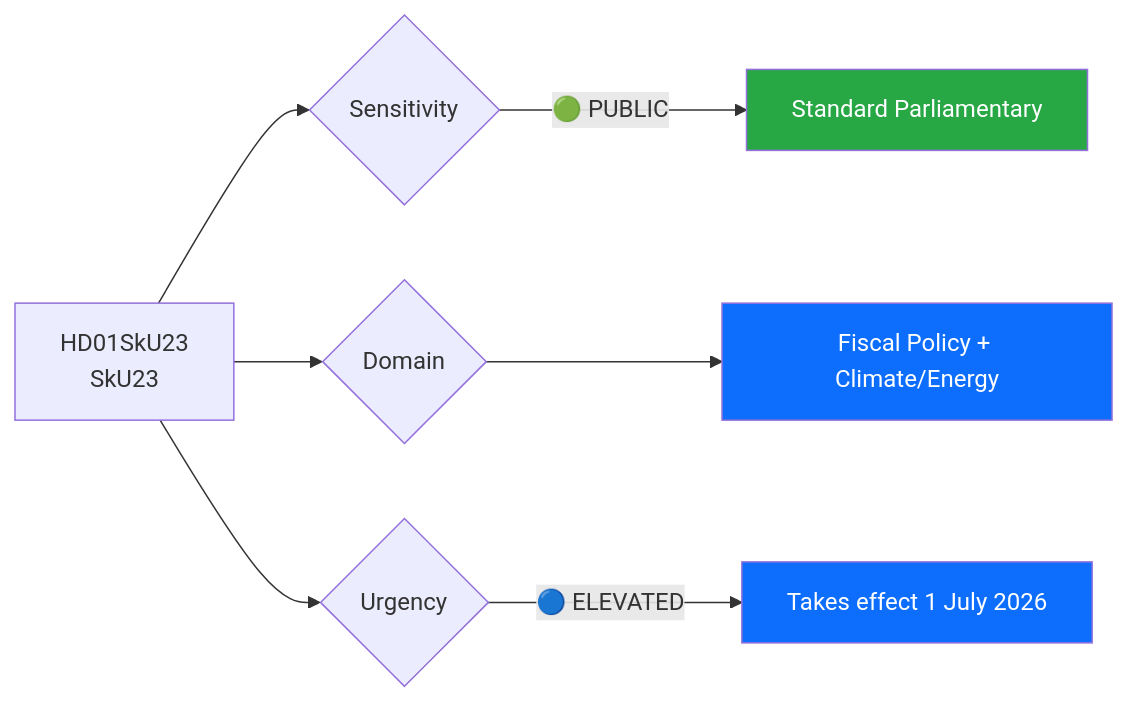
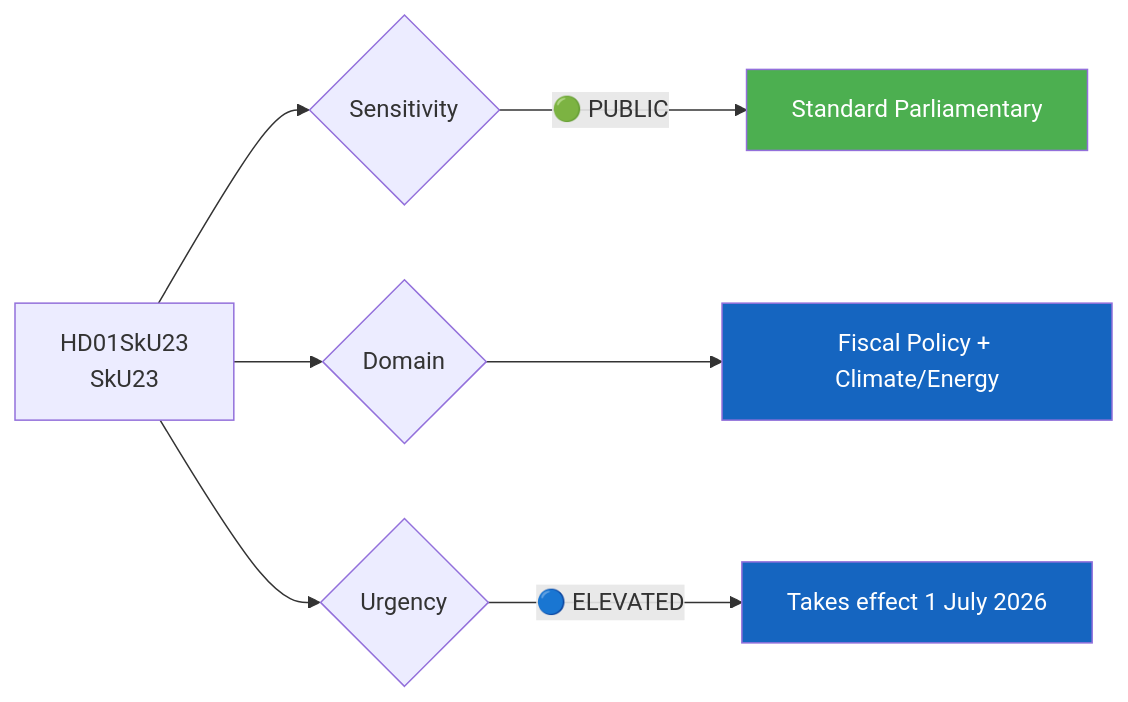
The first of 2 diagrams in analysis/daily/2026-04-16/realtime-1037/documents/hd01sku23-analysis.md (Hack23/riksdagsmonitor), drawn with Mermaid before and after one commit. The commit also changed 785 other files, not shown here.

First line of the commit message:
Normalize mermaid colors across 786 analysis artifacts to ISMS Style Guide palette

````diff
--- a/analysis/daily/2026-04-16/realtime-1037/documents/hd01sku23-analysis.md
+++ b/analysis/daily/2026-04-16/realtime-1037/documents/hd01sku23-analysis.md
@@ -23,12 +23,12 @@
 ```mermaid
 graph LR
     A["HD01SkU23<br/>SkU23"] --> B{"Sensitivity"}
     B -->|"🟢 PUBLIC"| E["Standard Parliamentary"]
     A --> G{"Domain"}
     G --> H["Fiscal Policy + Climate/Energy"]
     A --> I{"Urgency"}
     I -->|"🔵 ELEVATED"| L["Takes effect 1 July 2026"]
-    style E fill:#28a745,color:#fff
-    style H fill:#0d6efd,color:#fff
-    style L fill:#0d6efd,color:#fff
+    style E fill:#4CAF50,color:#FFFFFF
+    style H fill:#1565C0,color:#FFFFFF
+    style L fill:#1565C0,color:#FFFFFF
 ```
````
